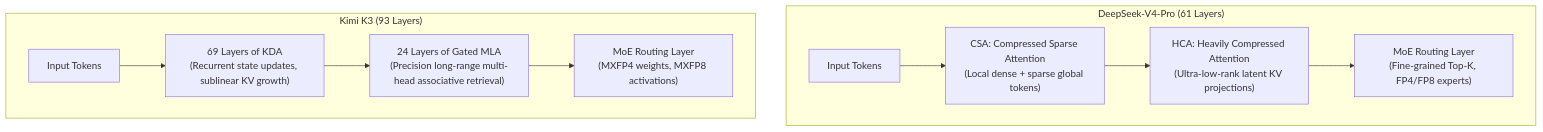
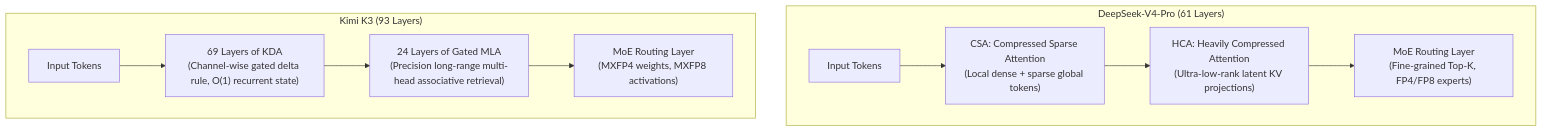
Before and after one commit to ifnodoraemon/ifnodoraemon.github.io: the first of 3 diagrams in content/en/articles/deepseek-v4-kimi-k3-deployment-guide.en.md, drawn with Mermaid. The commit also changed other lines of this file and 171 other files, not shown here.

````diff
--- a/content/en/articles/deepseek-v4-kimi-k3-deployment-guide.en.md
+++ b/content/en/articles/deepseek-v4-kimi-k3-deployment-guide.en.md
@@ -39,14 +39,14 @@
 ```mermaid
 graph TD
     subgraph DeepSeek_V4["DeepSeek-V4-Pro (61 Layers)"]
         D_In["Input Tokens"] --> D_CSA["CSA: Compressed Sparse Attention<br/>(Local dense + sparse global tokens)"]
         D_CSA --> D_HCA["HCA: Heavily Compressed Attention<br/>(Ultra-low-rank latent KV projections)"]
         D_HCA --> D_MoE["MoE Routing Layer<br/>(Fine-grained Top-K, FP4/FP8 experts)"]
     end
 
     subgraph Kimi_K3["Kimi K3 (93 Layers)"]
-        K_In["Input Tokens"] --> K_KDA["69 Layers of KDA<br/>(Recurrent state updates, sublinear KV growth)"]
+        K_In["Input Tokens"] --> K_KDA["69 Layers of KDA<br/>(Channel-wise gated delta rule, O(1) recurrent state)"]
         K_KDA --> K_GMLA["24 Layers of Gated MLA<br/>(Precision long-range multi-head associative retrieval)"]
         K_GMLA --> K_MoE["MoE Routing Layer<br/>(MXFP4 weights, MXFP8 activations)"]
     end
 ```
````
